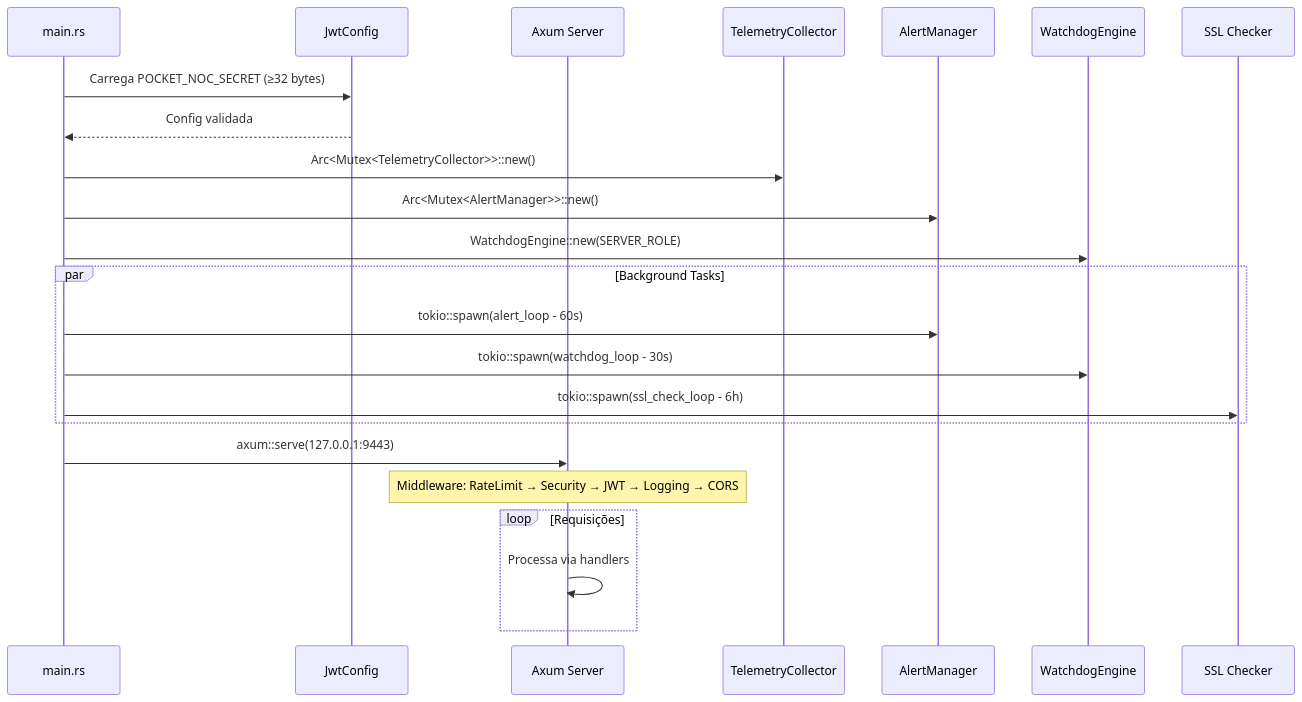
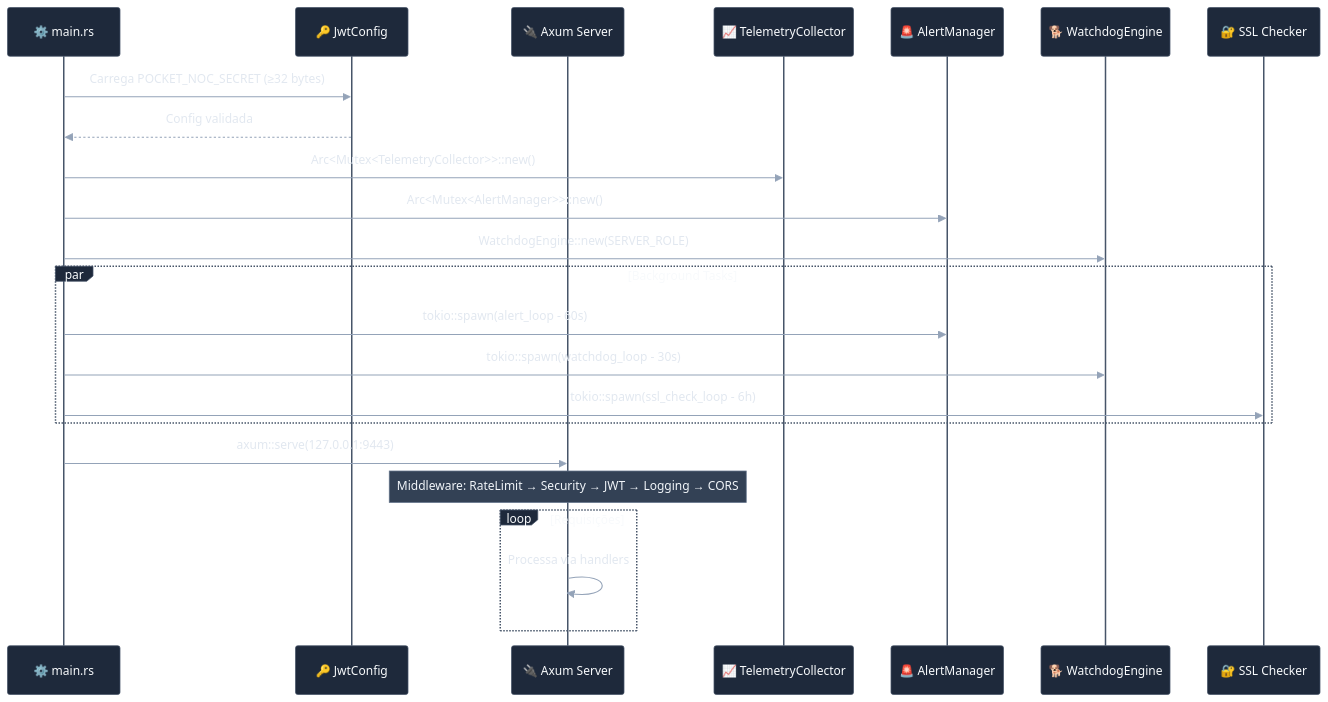
The fourth of 12 diagrams in docs/ARCHITECTURE.md (Munique-Feitoza/server-controller), drawn with Mermaid before and after one commit. The commit also changed other lines of this file and 8 other files, not shown here.

First line of the commit message:
docs: aplicar tema visual consistente nos diagramas mermaid

````diff
--- a/docs/ARCHITECTURE.md
+++ b/docs/ARCHITECTURE.md
@@ -200,30 +236,31 @@
 ```mermaid
+%%{init: { "theme": "base", "themeVariables": { "fontFamily": "Inter, sans-serif", "primaryColor": "#1e293b", "primaryTextColor": "#f8fafc", "primaryBorderColor": "#334155", "actorBkg": "#1e293b", "actorBorder": "#475569", "actorTextColor": "#f8fafc", "signalColor": "#94a3b8", "signalTextColor": "#e2e8f0", "noteBkgColor": "#334155", "noteTextColor": "#f1f5f9", "noteBorderColor": "#64748b" } }}%%
 sequenceDiagram
-    participant Startup as main.rs
-    participant JWT as JwtConfig
-    participant Server as Axum Server
-    participant Telem as TelemetryCollector
-    participant Alert as AlertManager
-    participant WD as WatchdogEngine
-    participant SSL as SSL Checker
+    participant Startup as ⚙️ main.rs
+    participant JWT as 🔑 JwtConfig
+    participant Server as 🔌 Axum Server
+    participant Telem as 📈 TelemetryCollector
+    participant Alert as 🚨 AlertManager
+    participant WD as 🐕 WatchdogEngine
+    participant SSL as 🔐 SSL Checker
 
     Startup->>JWT: Carrega POCKET_NOC_SECRET (≥32 bytes)
     JWT-->>Startup: Config validada
 
     Startup->>Telem: Arc<Mutex<TelemetryCollector>>::new()
     Startup->>Alert: Arc<Mutex<AlertManager>>::new()
     Startup->>WD: WatchdogEngine::new(SERVER_ROLE)
 
     par Background Tasks
         Startup->>Alert: tokio::spawn(alert_loop - 60s)
         Startup->>WD: tokio::spawn(watchdog_loop - 30s)
         Startup->>SSL: tokio::spawn(ssl_check_loop - 6h)
     end
 
     Startup->>Server: axum::serve(127.0.0.1:9443)
     Note over Server: Middleware: RateLimit → Security → JWT → Logging → CORS
 
     loop Requisições
         Server->>Server: Processa via handlers
     end
 ```
````
